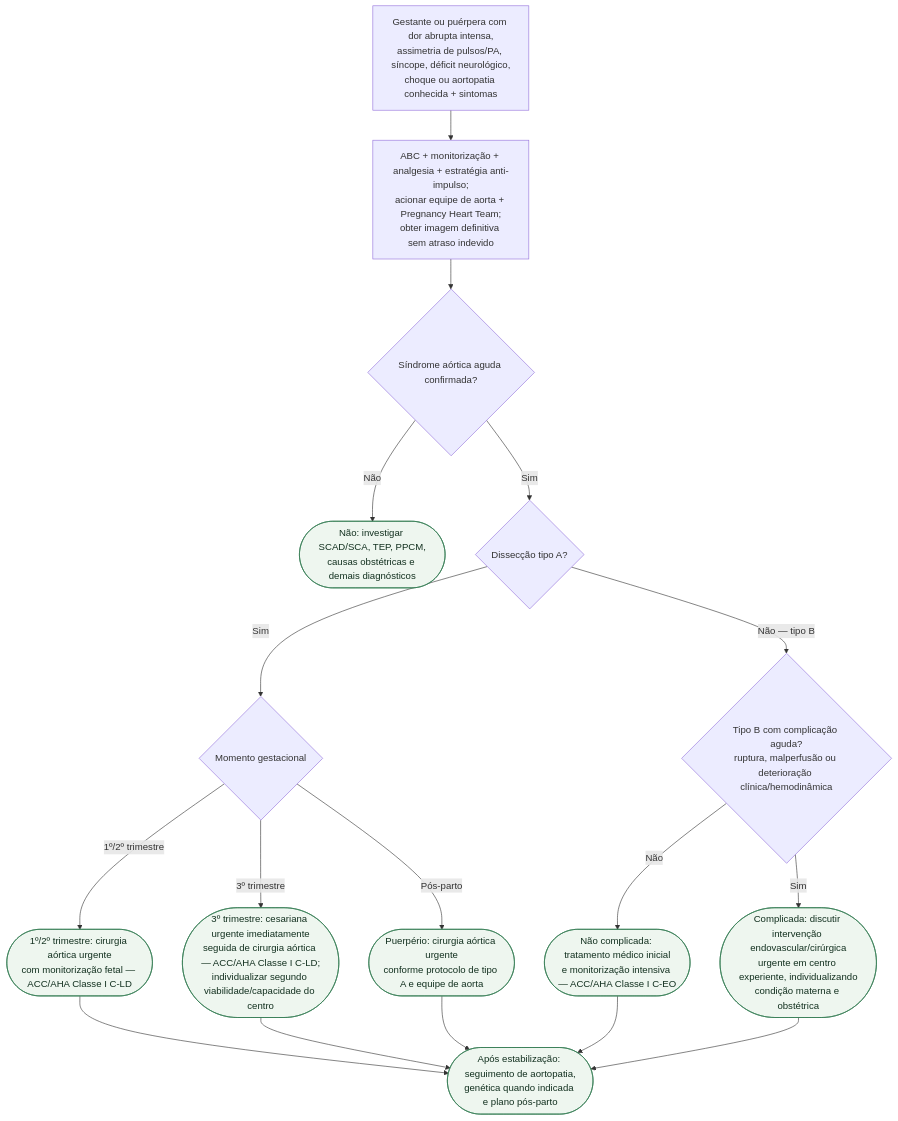
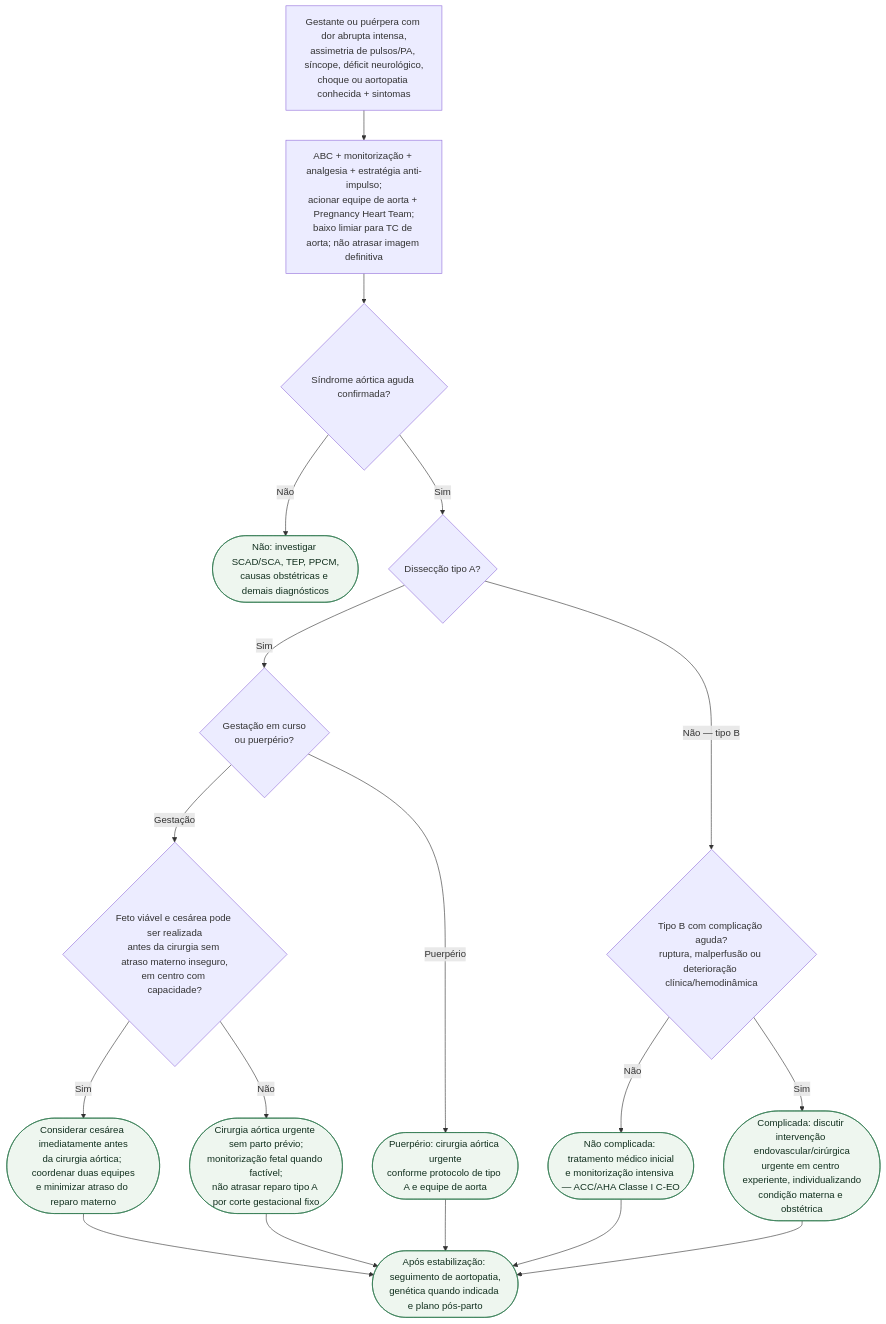
Before and after one commit to rafaelpaesmeirelles/MeuCardio: the diagram in content/Gravidez/fluxograma-sindrome-aortica-aguda-na-gestacao-e-puerperio.md, drawn with Mermaid. The commit also changed other lines of this file and 22 other files, not shown here.

````diff
--- a/content/Gravidez/fluxograma-sindrome-aortica-aguda-na-gestacao-e-puerperio.md
+++ b/content/Gravidez/fluxograma-sindrome-aortica-aguda-na-gestacao-e-puerperio.md
@@ -13,36 +14,38 @@
 ```mermaid
 flowchart TD
   R0["Gestante ou puérpera com dor abrupta intensa,<br/>assimetria de pulsos/PA, síncope, déficit neurológico,<br/>choque ou aortopatia conhecida + sintomas"]
-  P1["ABC + monitorização + analgesia + estratégia anti-impulso;<br/>acionar equipe de aorta + Pregnancy Heart Team;<br/>obter imagem definitiva sem atraso indevido"]
+  P1["ABC + monitorização + analgesia + estratégia anti-impulso;<br/>acionar equipe de aorta + Pregnancy Heart Team;<br/>baixo limiar para TC de aorta; não atrasar imagem definitiva"]
   D1{"Síndrome aórtica aguda confirmada?"}
   C1(["Não: investigar SCAD/SCA, TEP, PPCM,<br/>causas obstétricas e demais diagnósticos"])
   D2{"Dissecção tipo A?"}
-  D3{"Momento gestacional"}
-  C2(["1º/2º trimestre: cirurgia aórtica urgente<br/>com monitorização fetal — ACC/AHA Classe I C-LD"])
-  C3(["3º trimestre: cesariana urgente imediatamente<br/>seguida de cirurgia aórtica — ACC/AHA Classe I C-LD;<br/>individualizar segundo viabilidade/capacidade do centro"])
+  D0{"Gestação em curso<br/>ou puerpério?"}
+  D3{"Feto viável e cesárea pode ser realizada<br/>antes da cirurgia sem atraso materno inseguro,<br/>em centro com capacidade?"}
+  C2(["Considerar cesárea imediatamente antes<br/>da cirurgia aórtica; coordenar duas equipes<br/>e minimizar atraso do reparo materno"])
+  C3(["Cirurgia aórtica urgente sem parto prévio;<br/>monitorização fetal quando factível;<br/>não atrasar reparo tipo A por corte gestacional fixo"])
   C4(["Puerpério: cirurgia aórtica urgente<br/>conforme protocolo de tipo A e equipe de aorta"])
   D4{"Tipo B com complicação aguda?<br/>ruptura, malperfusão ou deterioração clínica/hemodinâmica"}
   C5(["Não complicada: tratamento médico inicial<br/>e monitorização intensiva — ACC/AHA Classe I C-EO"])
   C6(["Complicada: discutir intervenção endovascular/cirúrgica<br/>urgente em centro experiente, individualizando<br/>condição materna e obstétrica"])
   C7(["Após estabilização: seguimento de aortopatia,<br/>genética quando indicada e plano pós-parto"])
 
   R0 --> P1
   P1 --> D1
   D1 -->|"Não"| C1
   D1 -->|"Sim"| D2
-  D2 -->|"Sim"| D3
+  D2 -->|"Sim"| D0
   D2 -->|"Não — tipo B"| D4
-  D3 -->|"1º/2º trimestre"| C2
-  D3 -->|"3º trimestre"| C3
-  D3 -->|"Pós-parto"| C4
+  D0 -->|"Gestação"| D3
+  D0 -->|"Puerpério"| C4
+  D3 -->|"Sim"| C2
+  D3 -->|"Não"| C3
   D4 -->|"Não"| C5
   D4 -->|"Sim"| C6
   C2 --> C7
   C3 --> C7
   C4 --> C7
   C5 --> C7
   C6 --> C7
 
   classDef conduta fill:#eef6ef,stroke:#2f7a4f,color:#12301f;
   class C1,C2,C3,C4,C5,C6,C7 conduta;
 ```
````
